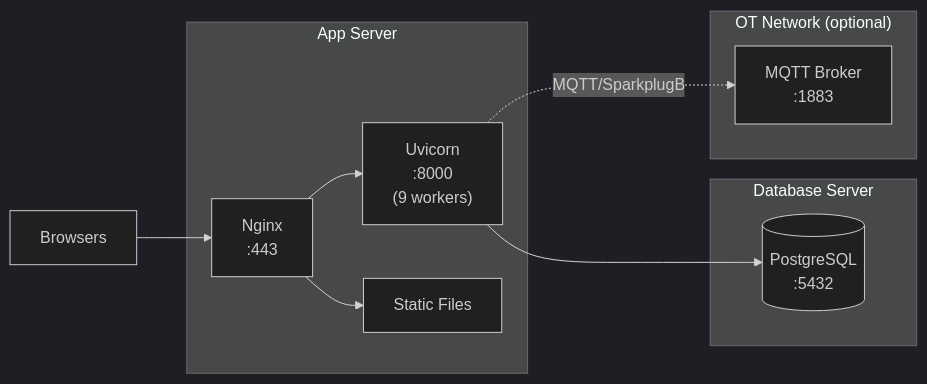
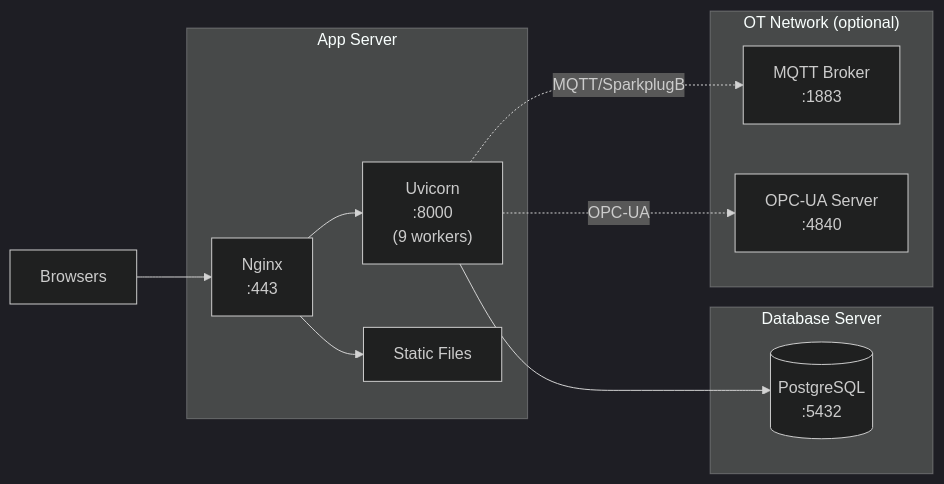
One commit to djbrandl/OpenSPC changed the third of 5 diagrams in docs/deployment.md. Above: the diagram before and after it, drawn with Mermaid (dark theme). The commit also changed other lines of this file and 25 other files, not shown here.

````diff
--- a/docs/deployment.md
+++ b/docs/deployment.md
@@ -350,22 +358,24 @@
 ```mermaid
 graph LR
     subgraph "App Server"
         NGINX["Nginx<br/>:443"]
         UVICORN["Uvicorn<br/>:8000<br/>(9 workers)"]
         STATIC["Static Files"]
     end
 
     subgraph "Database Server"
         PG[(PostgreSQL<br/>:5432)]
     end
 
     subgraph "OT Network (optional)"
         MQTT["MQTT Broker<br/>:1883"]
+        OPCUA["OPC-UA Server<br/>:4840"]
     end
 
     CLIENT["Browsers"] --> NGINX
     NGINX --> UVICORN
     NGINX --> STATIC
     UVICORN --> PG
     UVICORN -.->|"MQTT/SparkplugB"| MQTT
+    UVICORN -.->|"OPC-UA"| OPCUA
 ```
````
